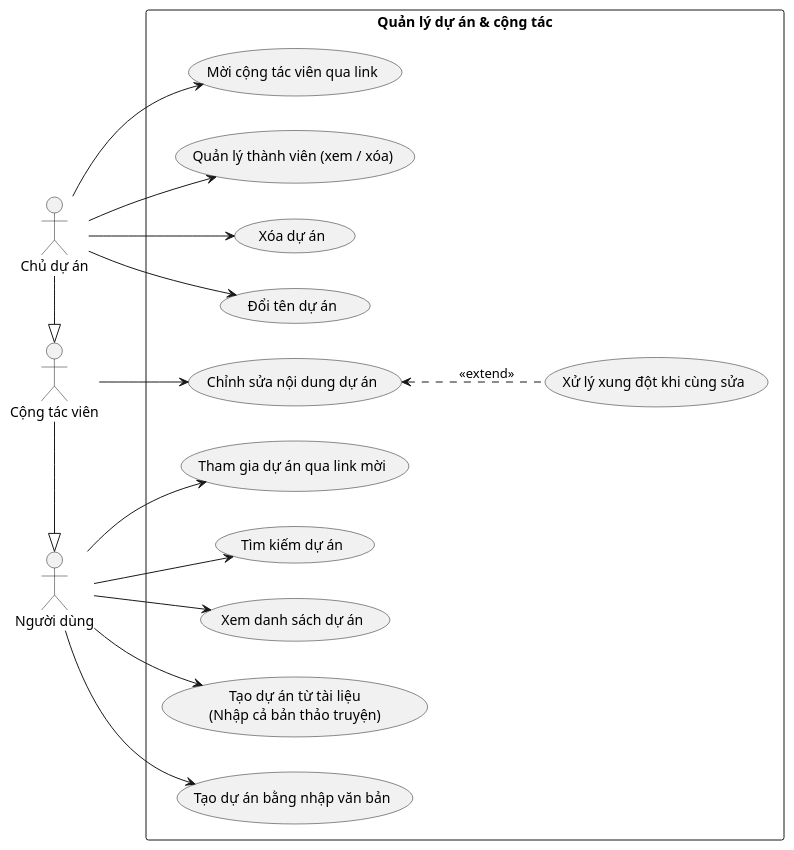
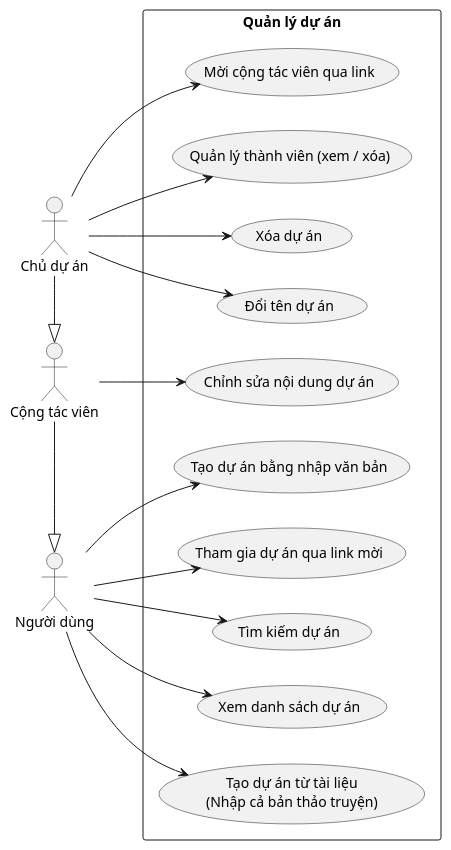
Before and after one commit to 202416852-anhpv/story2video-docs: the diagram in docs/bieu-do-uc/bieu-do-uc-chi-tiet/setup/quan-ly-du-an.puml, drawn with PlantUML. The commit also changed 1 other file, not shown here.

```diff
--- a/docs/bieu-do-uc/bieu-do-uc-chi-tiet/setup/quan-ly-du-an.puml
+++ b/docs/bieu-do-uc/bieu-do-uc-chi-tiet/setup/quan-ly-du-an.puml
@@ -1,40 +1,37 @@
 @startuml quan-ly-du-an
 left to right direction
 
 actor "Người dùng" as User
 actor "Cộng tác viên" as Editor
 actor "Chủ dự án" as Owner
 
 Editor -|> User
 Owner -|> Editor
 
-rectangle "Quản lý dự án & cộng tác" {
+rectangle "Quản lý dự án" {
     usecase "Xóa dự án" as UC_01
     usecase "Đổi tên dự án" as UC_02
     usecase "Tìm kiếm dự án" as UC_03
     usecase "Xem danh sách dự án" as UC_04
     usecase "Tạo dự án từ tài liệu\n(Nhập cả bản thảo truyện)" as UC_05
     usecase "Tạo dự án bằng nhập văn bản" as UC_06
     usecase "Mời cộng tác viên qua link" as UC_07
     usecase "Quản lý thành viên (xem / xóa)" as UC_08
     usecase "Tham gia dự án qua link mời" as UC_09
-    usecase "Xử lý xung đột khi cùng sửa" as UC_10
     usecase "Chỉnh sửa nội dung dự án" as UC_11
 }
 
 User --> UC_03
 User --> UC_04
 User --> UC_05
 User --> UC_06
 User --> UC_09
 
 Editor --> UC_11
 
 Owner --> UC_01
 Owner --> UC_02
 Owner --> UC_07
 Owner --> UC_08
 
-UC_11 <.. UC_10 : <<extend>>
-
 @enduml
```
